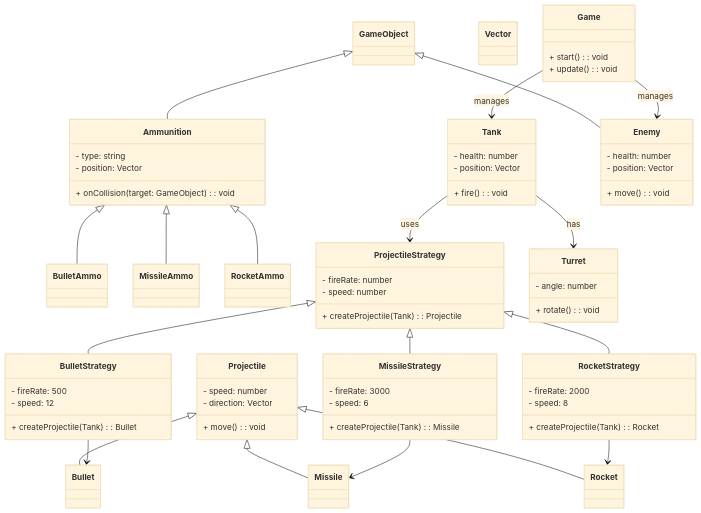
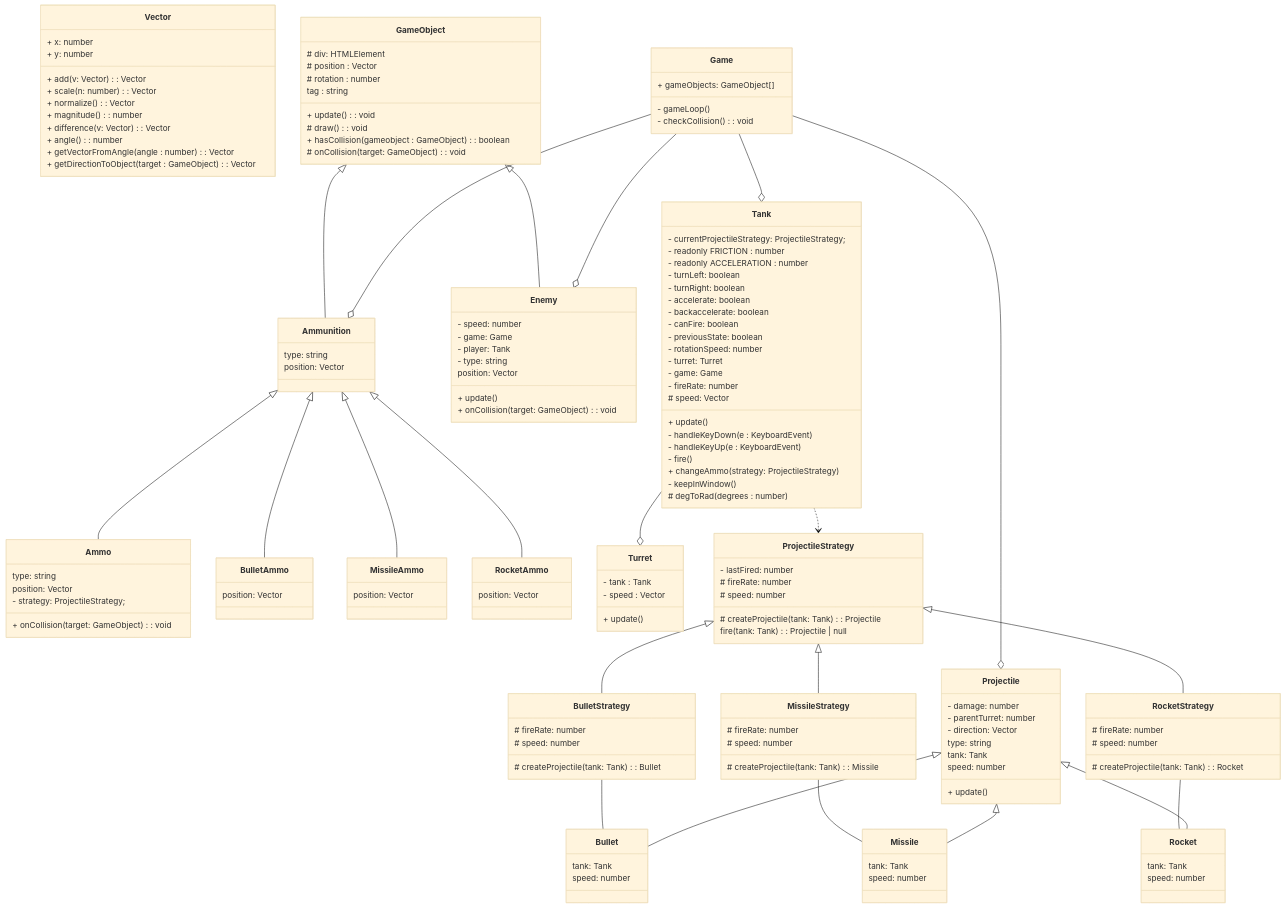
Before and after one commit to apollo-inspire/PRG09-design-patterns-strategy-tank: the diagram in classdiagram.mermaid, drawn with Mermaid (base theme). The commit also changed other lines of this file and 3 other files, not shown here.

Commit message:
update classdiagram

```diff
--- a/classdiagram.mermaid
+++ b/classdiagram.mermaid
@@ -1,95 +1,184 @@
 classDiagram
-    class GameObject
-
-    class Vector
-
-    class Ammunition {
-        - type: string
-        - position: Vector
-        + onCollision(target: GameObject): void
+    
+    class Vector {
+        + x: number
+        + y: number
+        + add(v: Vector): Vector
+        + scale(n: number): Vector
+        + normalize(): Vector
+        + magnitude(): number
+        + difference(v: Vector): Vector
+        + angle(): number
+        + getVectorFromAngle(angle : number): Vector
+        + getDirectionToObject(target : GameObject) : Vector
     }
 
-    class BulletAmmo
-    class MissileAmmo
-    class RocketAmmo
+    %% Vector *-- Game
+    %% Vector *-- GameObject
+    %% Vector *-- Ammunition
+    %% Vector *-- Ammo
+    %% Vector *-- BulletAmmo
+    %% Vector *-- MissileAmmo
+    %% Vector *-- RocketAmmo
+    %% Vector *-- Projectile
+    %% Vector *-- Enemy
+    %% Vector *-- Tank
+    %% Vector *-- Turret
 
-    class Projectile {
-        - speed: number
-        - direction: Vector
-        + move(): void
+    class Game {
+        + gameObjects: GameObject[]
+        - gameLoop()
+        - checkCollision(): void
     }
 
-    class Bullet
-    class Missile
-    class Rocket
-
-    class ProjectileStrategy {
-        - fireRate: number
-        - speed: number
-        + createProjectile(Tank): Projectile
-    }
-
-    class BulletStrategy {
-        - fireRate: 500
-        - speed: 12
-        + createProjectile(Tank): Bullet
-    }
-
-    class MissileStrategy {
-        - fireRate: 3000
-        - speed: 6
-        + createProjectile(Tank): Missile
-    }
-
-    class RocketStrategy {
-        - fireRate: 2000
-        - speed: 8
-        + createProjectile(Tank): Rocket
-    }
-
-    class Tank {
-        - health: number
-        - position: Vector
-        + fire(): void
-    }
-
-    class Turret {
-        - angle: number
-        + rotate(): void
-    }
-
-    class Enemy {
-        - health: number
-        - position: Vector
-        + move(): void
-    }
-
-    class Game {
-        + start(): void
+    Game --o Tank
+    Game --o Enemy
+    Game --o Ammunition
+    Game --o Projectile
+    
+    class GameObject {
+        # div: HTMLElement
+        # position  : Vector
+        # rotation  : number
+        tag : string
         + update(): void
+        # draw(): void
+        + hasCollision(gameobject : GameObject) : boolean
+        # onCollision(target: GameObject): void
     }
 
     GameObject <|-- Ammunition
+    GameObject <|-- Enemy
+
+    class Ammunition {
+        type: string
+        position: Vector
+    }
+
+    Ammunition <|-- Ammo
     Ammunition <|-- BulletAmmo
     Ammunition <|-- MissileAmmo
     Ammunition <|-- RocketAmmo
 
-    GameObject <|-- Enemy
+    class Ammo {
+        type: string
+        position: Vector
+        - strategy: ProjectileStrategy;
+        + onCollision(target: GameObject): void
+    }
+
+    class BulletAmmo {
+        position: Vector
+    }
+    class MissileAmmo {
+        position: Vector
+    }
+    class RocketAmmo {
+        position: Vector
+    }
+
+    class Tank {
+        - currentProjectileStrategy: ProjectileStrategy;
+        - readonly FRICTION       : number
+        - readonly ACCELERATION   : number 
+        - turnLeft: boolean 
+        - turnRight: boolean
+        - accelerate: boolean
+        - backaccelerate: boolean
+        - canFire: boolean
+        - previousState: boolean
+        - rotationSpeed: number
+        - turret: Turret
+        - game: Game
+        - fireRate: number
+        # speed: Vector
+        + update()
+        - handleKeyDown(e : KeyboardEvent)
+        - handleKeyUp(e : KeyboardEvent)
+        - fire()
+        + changeAmmo(strategy: ProjectileStrategy)
+        - keepInWindow()
+        # degToRad(degrees : number)
+    }
+
+    Tank --o Turret
+    Tank ..> ProjectileStrategy
+
+    class Turret {
+        - tank : Tank
+        - speed : Vector
+        + update()
+    }
+
+
+    class Projectile {
+        - damage: number
+        - parentTurret: number
+        - direction: Vector
+        type: string
+        tank: Tank
+        speed: number
+        + update()
+    }
 
     Projectile <|-- Bullet
     Projectile <|-- Missile
     Projectile <|-- Rocket
 
+    BulletStrategy -- Bullet
+    MissileStrategy -- Missile
+    RocketStrategy -- Rocket
+
+    class Bullet {
+        tank: Tank
+        speed: number
+    }
+    class Missile {
+        tank: Tank
+        speed: number
+    }
+    class Rocket {
+        tank: Tank
+        speed: number
+    }
+
+    class ProjectileStrategy {
+        - lastFired: number
+        # fireRate: number
+        # speed: number
+        # createProjectile(tank: Tank): Projectile
+        fire(tank: Tank): Projectile | null
+    }
+
     ProjectileStrategy <|-- BulletStrategy
     ProjectileStrategy <|-- MissileStrategy
     ProjectileStrategy <|-- RocketStrategy
 
-    BulletStrategy --> Bullet
-    MissileStrategy --> Missile
-    RocketStrategy --> Rocket
 
-    Tank --> Turret : has
-    Tank --> ProjectileStrategy : uses
+    class BulletStrategy {
+        # fireRate: number
+        # speed: number
+        # createProjectile(tank: Tank): Bullet
+    }
+    class RocketStrategy {
+        # fireRate: number
+        # speed: number
+        # createProjectile(tank: Tank): Rocket
+    }
+    class MissileStrategy {
+        # fireRate: number
+        # speed: number
+        # createProjectile(tank: Tank): Missile
+    }
 
-    Game --> Tank : manages
-    Game --> Enemy : manages
+    
+
+    class Enemy {
+        - speed: number
+        - game: Game
+        - player: Tank
+        - type: string
+        position: Vector
+        + update()
+        + onCollision(target: GameObject): void 
+    }
```
